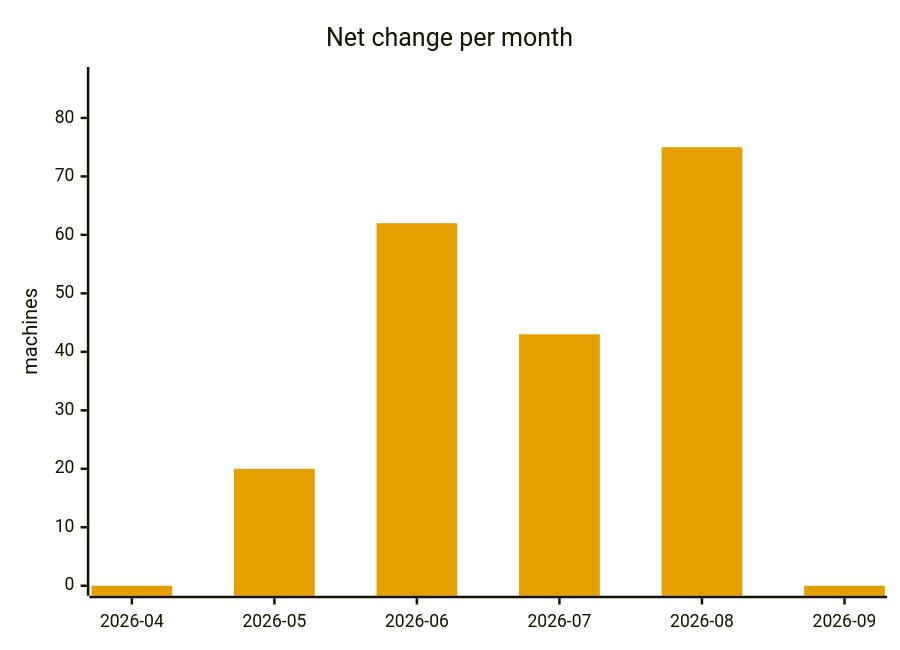
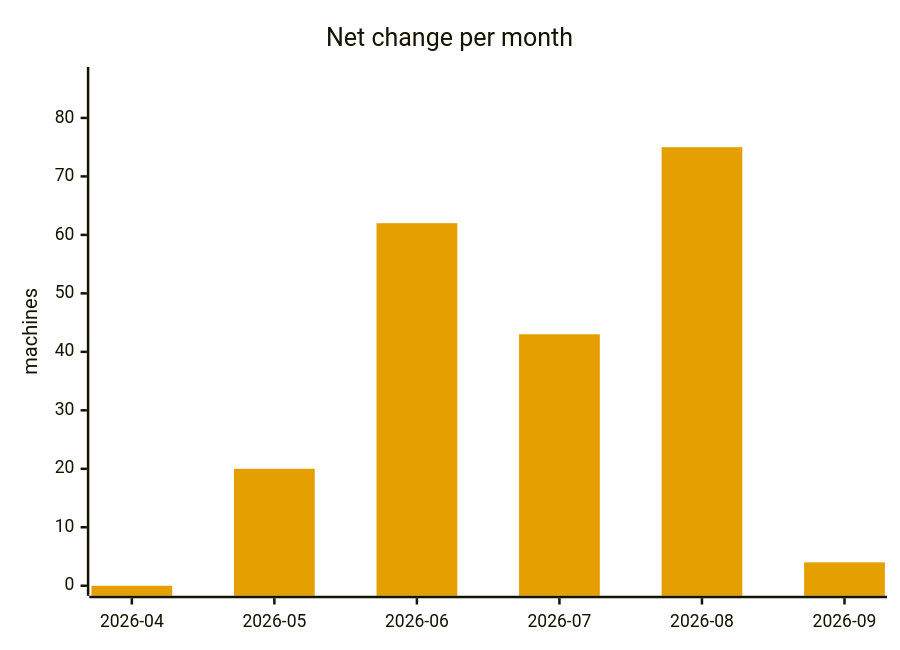
Before and after one commit to cheeaun/returnright-data: the seventh of 7 diagrams in ANALYSIS.md, drawn with Mermaid. The commit also changed other lines of this file and 3 other files, not shown here.

````diff
--- a/ANALYSIS.md
+++ b/ANALYSIS.md
@@ -307,13 +305,13 @@
 ```mermaid
 ---
 config:
   themeVariables:
     xyChart:
       plotColorPalette: "#E69F00"
 ---
 xychart-beta
     title "Net change per month"
     x-axis ["2026-04", "2026-05", "2026-06", "2026-07", "2026-08", "2026-09"]
     y-axis "machines" 0 --> 87
-    bar [0, 20, 62, 43, 75, 0]
+    bar [0, 20, 62, 43, 75, 4]
 ```
````
